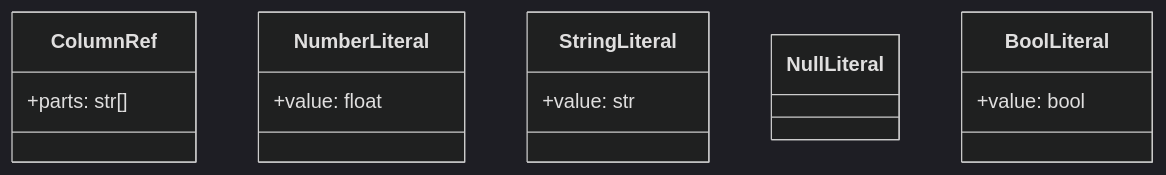
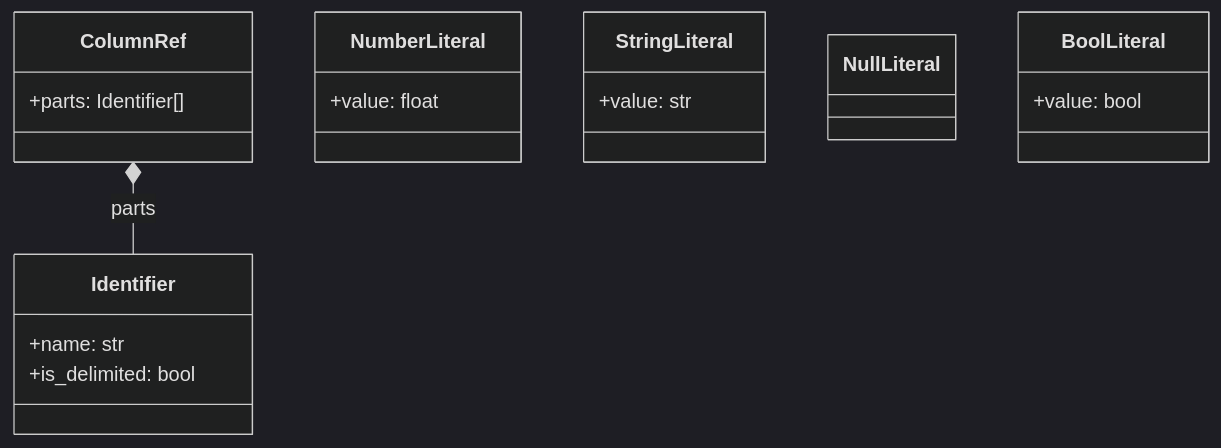
Before and after one commit to pdssp/pyadql: the diagram in docs/images/ast/src/values-literals.mmd, drawn with Mermaid (dark theme). The commit also changed 9 other files, not shown here.

```diff
--- a/docs/images/ast/src/values-literals.mmd
+++ b/docs/images/ast/src/values-literals.mmd
@@ -1,6 +1,12 @@
 classDiagram
-    class ColumnRef { +parts: str[] }
+    ColumnRef *-- Identifier : parts
+
+    class Identifier {
+        +name: str
+        +is_delimited: bool
+    }
+    class ColumnRef { +parts: Identifier[] }
     class NumberLiteral { +value: float }
     class StringLiteral { +value: str }
     class NullLiteral
     class BoolLiteral { +value: bool }
```
